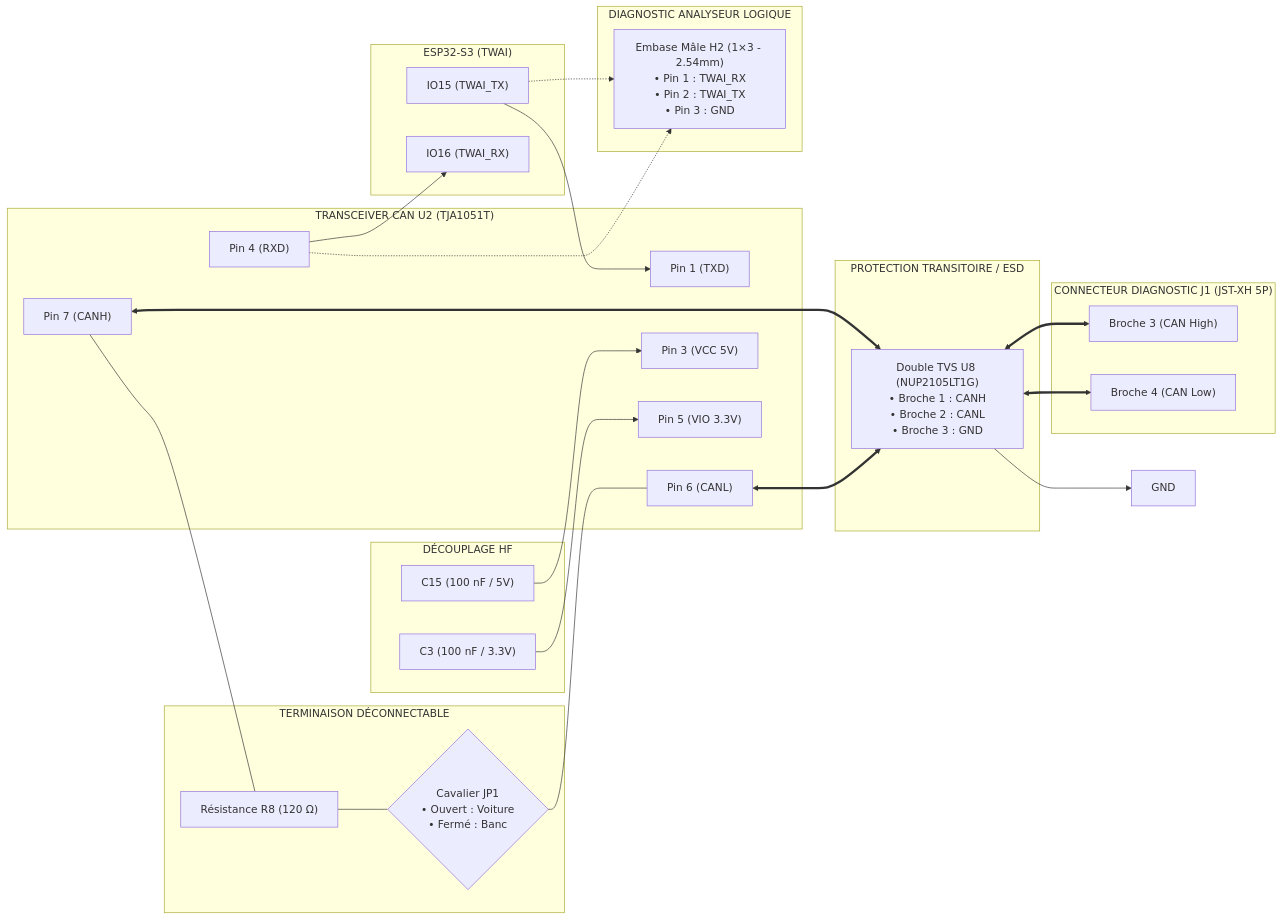
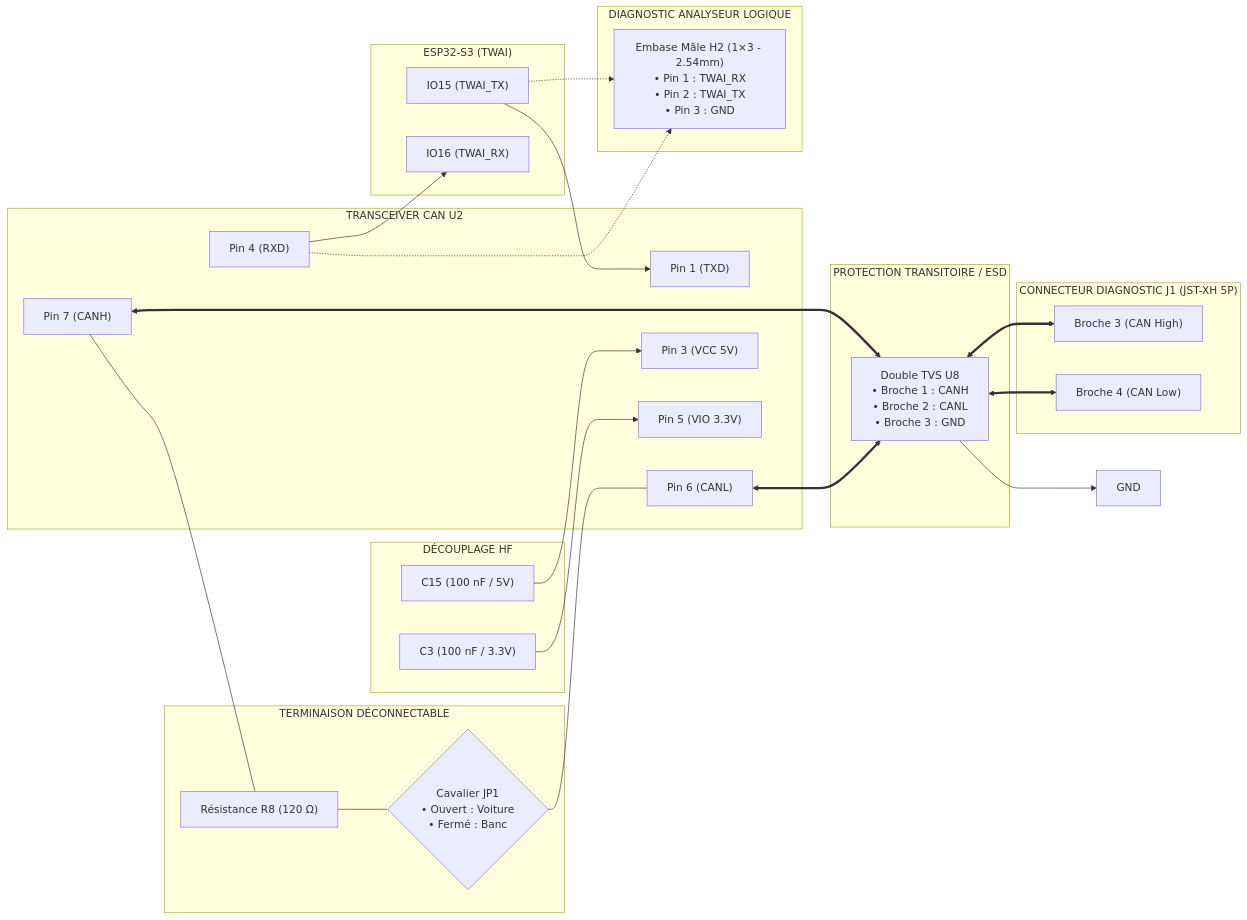
Before and after one commit to nitrogene/OBD2: the sixth of 13 diagrams in documents/hardware.md, drawn with Mermaid. The commit also changed other lines of this file and 6 other files, not shown here.

````diff
--- a/documents/hardware.md
+++ b/documents/hardware.md
@@ -285,69 +285,69 @@
 ```mermaid
 %%{init: {
   'themeVariables': {
     'fontFamily': 'Consolas, "Courier New", monospace',
     'fontSize': '12px'
   },
   'flowchart': {
     'curve': 'stepBefore',
     'nodeSpacing': 20,
     'rankSpacing': 30
   }
 }}%%
 flowchart LR
     subgraph MCU["ESP32-S3 (TWAI)"]
         TXD["IO15 (TWAI_TX)"]
         RXD["IO16 (TWAI_RX)"]
     end
 
-    subgraph CAN_IC["TRANSCEIVER CAN U2 (TJA1051T)"]
+    subgraph CAN_IC["TRANSCEIVER CAN U2"]
         PIN_TX["Pin 1 (TXD)"]
         PIN_RX["Pin 4 (RXD)"]
         PIN_CANH["Pin 7 (CANH)"]
         PIN_CANL["Pin 6 (CANL)"]
         PIN_VCC["Pin 3 (VCC 5V)"]
         PIN_VIO["Pin 5 (VIO 3.3V)"]
     end
 
     subgraph DECOUP_CAN["DÉCOUPLAGE HF"]
         C15["C15 (100 nF / 5V)"]
         C3["C3 (100 nF / 3.3V)"]
     end
 
     subgraph DIAG_CAN["DIAGNOSTIC ANALYSEUR LOGIQUE"]
         H2["Embase Mâle H2 (1×3 - 2.54mm)\n• Pin 1 : TWAI_RX\n• Pin 2 : TWAI_TX\n• Pin 3 : GND"]
     end
 
     subgraph TERM["TERMINAISON DÉCONNECTABLE"]
         R8["Résistance R8 (120 Ω)"]
         JP1{"Cavalier JP1\n• Ouvert : Voiture\n• Fermé : Banc"}
     end
 
     subgraph PROT_CAN["PROTECTION TRANSITOIRE / ESD"]
-        U8["Double TVS U8 (NUP2105LT1G)\n• Broche 1 : CANH\n• Broche 2 : CANL\n• Broche 3 : GND"]
+        U8["Double TVS U8\n• Broche 1 : CANH\n• Broche 2 : CANL\n• Broche 3 : GND"]
     end
 
     subgraph J1_CONN["CONNECTEUR DIAGNOSTIC J1 (JST-XH 5P)"]
         PIN3_CONN["Broche 3 (CAN High)"]
         PIN4_CONN["Broche 4 (CAN Low)"]
     end
 
     TXD --> PIN_TX
     PIN_RX --> RXD
     PIN_RX -.-> H2
     TXD -.-> H2
 
     C15 --> PIN_VCC
     C3 --> PIN_VIO
 
     PIN_CANH --- R8
     R8 --- JP1
     JP1 --- PIN_CANL
 
     PIN_CANH <==> U8
     PIN_CANL <==> U8
     U8 --> GND_CAN["GND"]
 
     U8 <==> PIN3_CONN
     U8 <==> PIN4_CONN
 ```
````
